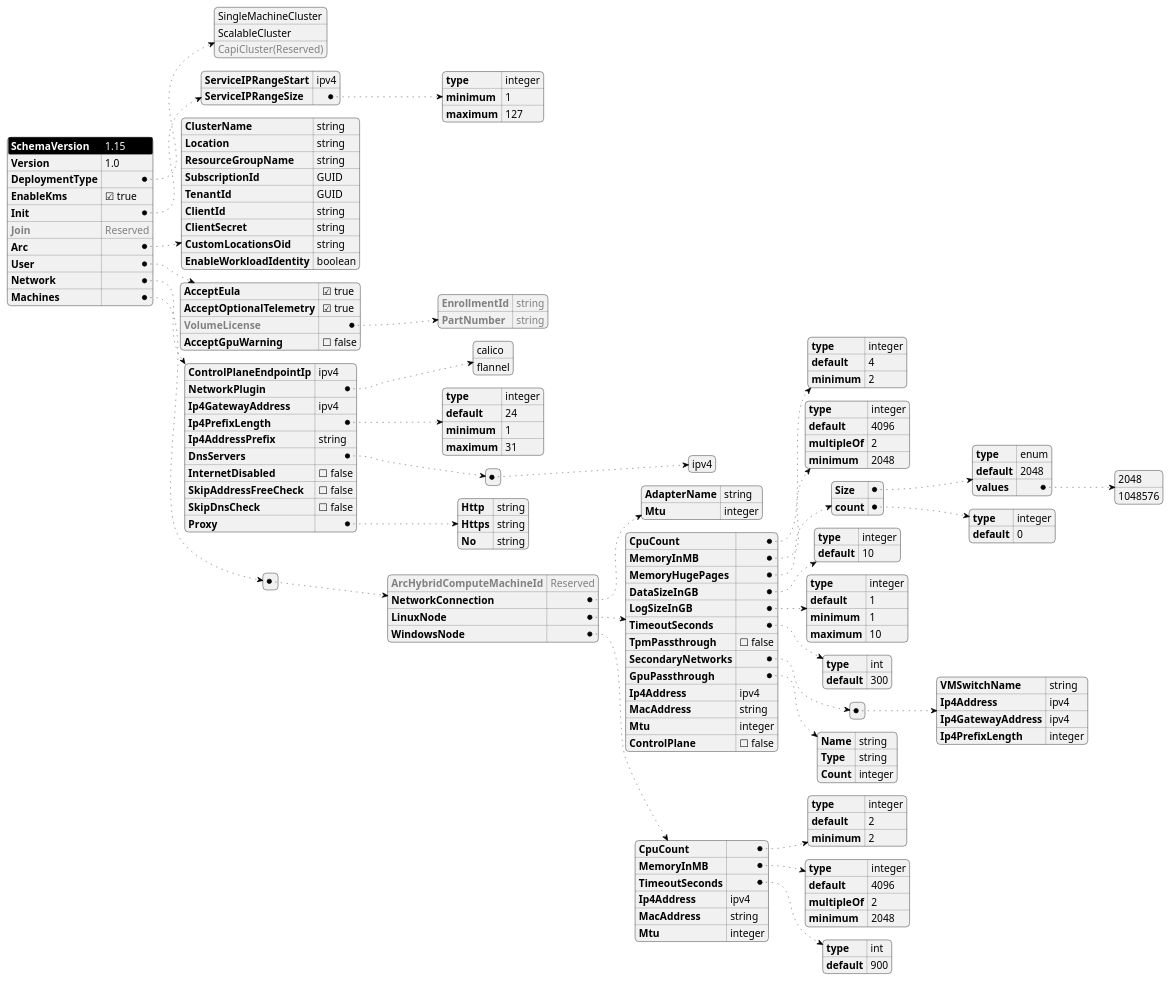
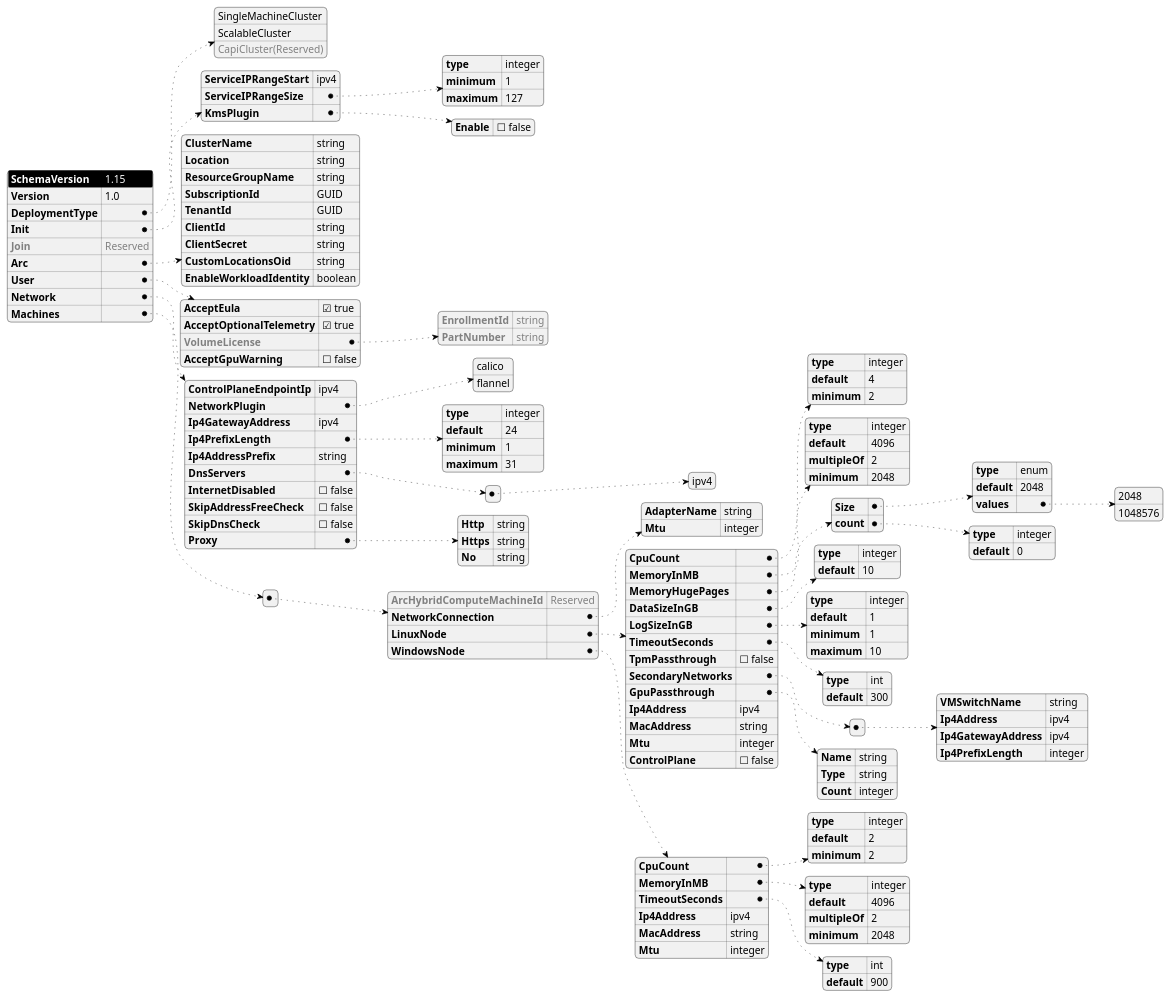
Before and after one commit to Azure/AKS-Edge: the diagram in tools/modules/AksEdgeDeploy/aksedge-dc.puml, drawn with PlantUML. The commit also changed 6 other files, not shown here.

Commit message:
update kms enable flag

```diff
--- a/tools/modules/AksEdgeDeploy/aksedge-dc.puml
+++ b/tools/modules/AksEdgeDeploy/aksedge-dc.puml
@@ -1,169 +1,171 @@
 @startjson AksEdgeSchema
 <style>
 jsonDiagram {
     node {
         FontSize 14
         RoundCorner 10
         LineThickness 0.5
         separator {
             LineThickness 0.25
         }
     }
     arrow {
         LineThickness 0.5
         LineStyle 2,6
     }
     highlight {
         BackgroundColor black
         FontColor White
     }
 }
 </style>
 #highlight "SchemaVersion"
 {
     "SchemaVersion": "1.15",
     "Version": "1.0",
     "DeploymentType": [
             "SingleMachineCluster",
             "ScalableCluster",
             "<color:gray>CapiCluster(Reserved)"
     ],
-    "EnableKms": true,
     "Init": {
         "ServiceIPRangeStart": "ipv4",
         "ServiceIPRangeSize": {
             "type": "integer",
             "minimum" : 1,
             "maximum" : 127
+        },
+        "KmsPlugin":{
+            "Enable": false
         }
     },
     "<color:gray>Join":"<color:gray>Reserved",
     "Arc": {
         "ClusterName": "string",
         "Location": "string",
         "ResourceGroupName": "string",
         "SubscriptionId": "GUID",
         "TenantId": "GUID",
         "ClientId": "string",
         "ClientSecret": "string",
         "CustomLocationsOid": "string",
         "EnableWorkloadIdentity": "boolean"
     },
     "User": {
         "AcceptEula": true,
         "AcceptOptionalTelemetry": true,
         "<color:gray>VolumeLicense":{
             "<color:gray>EnrollmentId":"<color:gray>string",
             "<color:gray>PartNumber":"<color:gray>string"
         },
         "AcceptGpuWarning": false
     },
     "Network": {
         "ControlPlaneEndpointIp": "ipv4",
         "NetworkPlugin": [
                 "calico",
                 "flannel"
         ],
         "Ip4GatewayAddress": "ipv4",
         "Ip4PrefixLength": {
             "type": "integer",
             "default": 24,
             "minimum": 1,
             "maximum": 31
         },
         "Ip4AddressPrefix":"string",
         "DnsServers": [["ipv4"]],
         "InternetDisabled": false,
         "SkipAddressFreeCheck":false,
         "SkipDnsCheck":false,
         "Proxy": {
             "Http":"string",
             "Https":"string",
             "No":"string"
         }
     },
     "Machines":[{
         "<color:gray>ArcHybridComputeMachineId":"<color:gray>Reserved",
         "NetworkConnection":{
             "AdapterName":"string",
             "Mtu":"integer"
         },
         "LinuxNode":{
             "CpuCount": {
                 "type": "integer",
                 "default": 4,
                 "minimum": 2
             },
             "MemoryInMB": {
                 "type": "integer",
                 "default": 4096,
                 "multipleOf": 2,
                 "minimum": 2048
             },
             "MemoryHugePages": {
                 "Size": {
                     "type": "enum",
                     "default": 2048,
                     "values": [2048,1048576]
                 },
                 "count": {
                     "type": "integer",
                     "default": 0
                 }
             },
             "DataSizeInGB": {
                 "type": "integer",
                 "default": 10
             },
             "LogSizeInGB": {
                 "type": "integer",
                 "default": 1,
                 "minimum" : 1,
                 "maximum" : 10
             },
             "TimeoutSeconds": {
                 "type": "int",
                 "default": 300
             },
             "TpmPassthrough": false,
             "SecondaryNetworks": [
                 {
                     "VMSwitchName" : "string",
                     "Ip4Address": "ipv4",
                     "Ip4GatewayAddress": "ipv4",
                     "Ip4PrefixLength": "integer"
                 }
             ],
             "GpuPassthrough": {
                 "Name": "string",
                 "Type": "string",
                 "Count": "integer"
             },
             "Ip4Address": "ipv4",
             "MacAddress": "string",
             "Mtu": "integer",
             "ControlPlane" : false
         },
         "WindowsNode":{
             "CpuCount": {
                 "type": "integer",
                 "default": 2,
                 "minimum": 2
             },
             "MemoryInMB": {
                 "type": "integer",
                 "default": 4096,
                 "multipleOf": 2,
                 "minimum": 2048
             },
             "TimeoutSeconds": {
                 "type": "int",
                 "default": 900
             },
             "Ip4Address": "ipv4",
             "MacAddress": "string",
             "Mtu": "integer"
         }
     }]
 }
 @endjson
```
